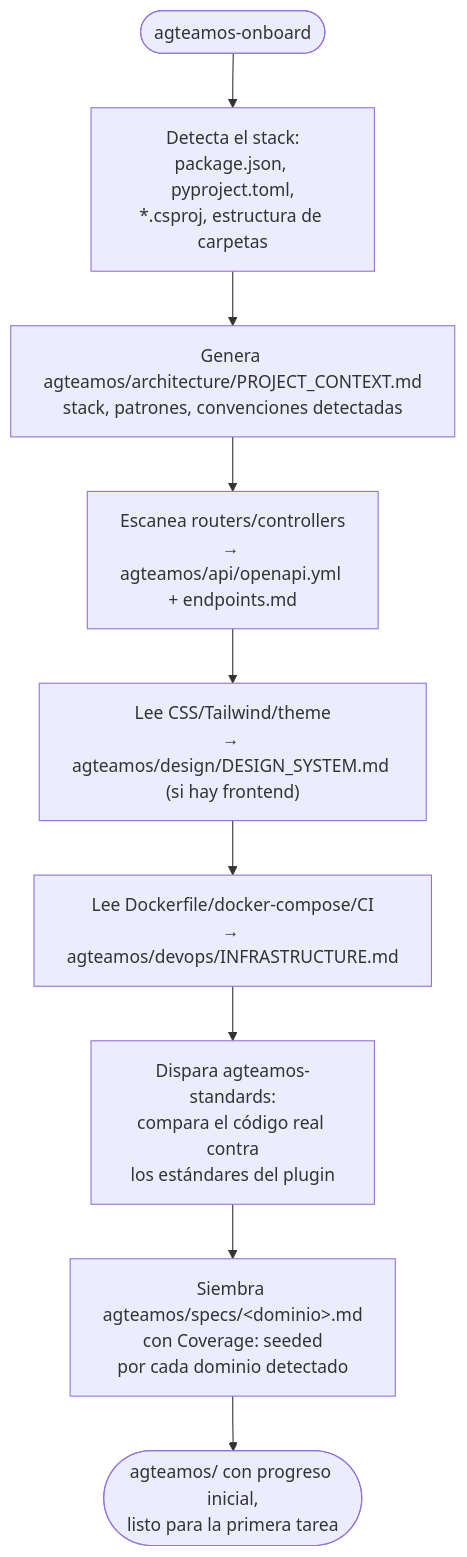
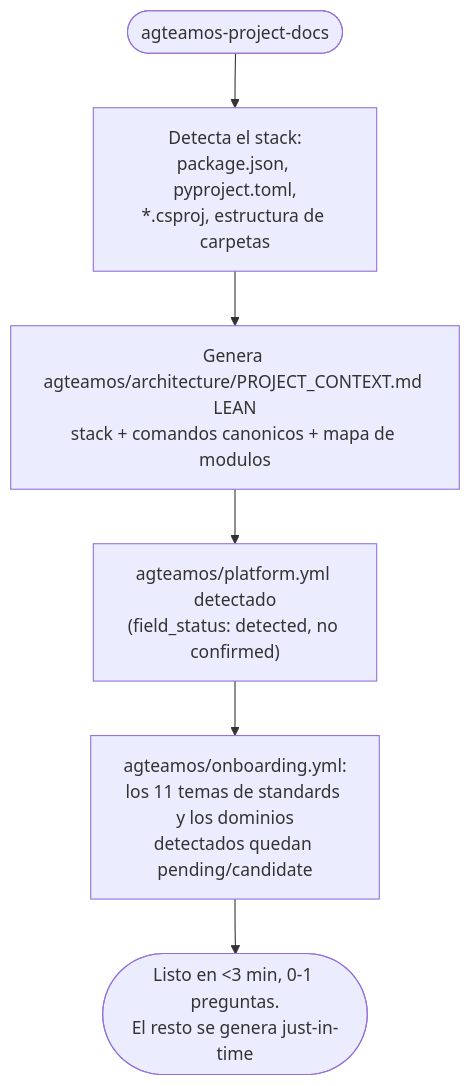
The diagram in agteamos/docs/primeros-pasos/04-adoptar-proyecto-existente.md (EJBereguete/claude-plugins), drawn with Mermaid before and after one commit. The commit also changed other lines of this file and 134 other files, not shown here.

First line of the commit message:
feat(agteamos): consolidate 46->22 skills, 9->8 agents, incremental onboarding (v1.7.0 -> v2.0.0)

````diff
--- a/agteamos/docs/primeros-pasos/04-adoptar-proyecto-existente.md
+++ b/agteamos/docs/primeros-pasos/04-adoptar-proyecto-existente.md
@@ -17,11 +19,8 @@
 ```mermaid
 flowchart TD
-    START([agteamos-onboard]) --> DETECT["Detecta el stack:\npackage.json, pyproject.toml,\n*.csproj, estructura de carpetas"]
-    DETECT --> CTX["Genera agteamos/architecture/PROJECT_CONTEXT.md\nstack, patrones, convenciones detectadas"]
-    CTX --> API["Escanea routers/controllers\n→ agteamos/api/openapi.yml + endpoints.md"]
-    API --> DESIGN["Lee CSS/Tailwind/theme\n→ agteamos/design/DESIGN_SYSTEM.md (si hay frontend)"]
-    DESIGN --> INFRA["Lee Dockerfile/docker-compose/CI\n→ agteamos/devops/INFRASTRUCTURE.md"]
-    INFRA --> STANDARDS["Dispara agteamos-standards:\ncompara el código real contra\nlos estándares del plugin"]
-    STANDARDS --> SPECS["Siembra agteamos/specs/&lt;dominio&gt;.md\ncon Coverage: seeded\npor cada dominio detectado"]
-    SPECS --> DONE([agteamos/ con progreso inicial,\nlisto para la primera tarea])
+    START([agteamos-project-docs]) --> DETECT["Detecta el stack:\npackage.json, pyproject.toml,\n*.csproj, estructura de carpetas"]
+    DETECT --> CTX["Genera agteamos/architecture/PROJECT_CONTEXT.md LEAN\nstack + comandos canonicos + mapa de modulos"]
+    CTX --> PLATFORM["agteamos/platform.yml detectado\n(field_status: detected, no confirmed)"]
+    PLATFORM --> MANIFEST["agteamos/onboarding.yml:\nlos 11 temas de standards y los dominios\ndetectados quedan pending/candidate"]
+    MANIFEST --> DONE([Listo en <3 min, 0-1 preguntas.\nEl resto se genera just-in-time])
 ```
````
